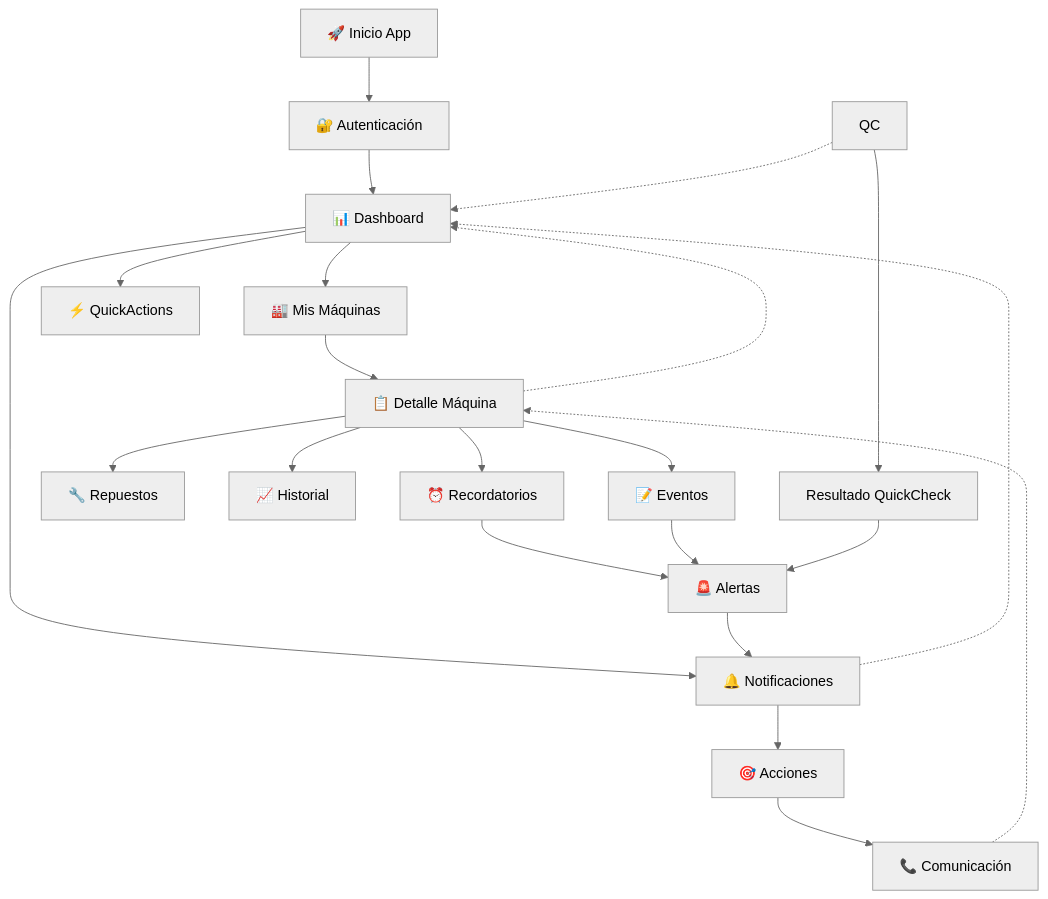
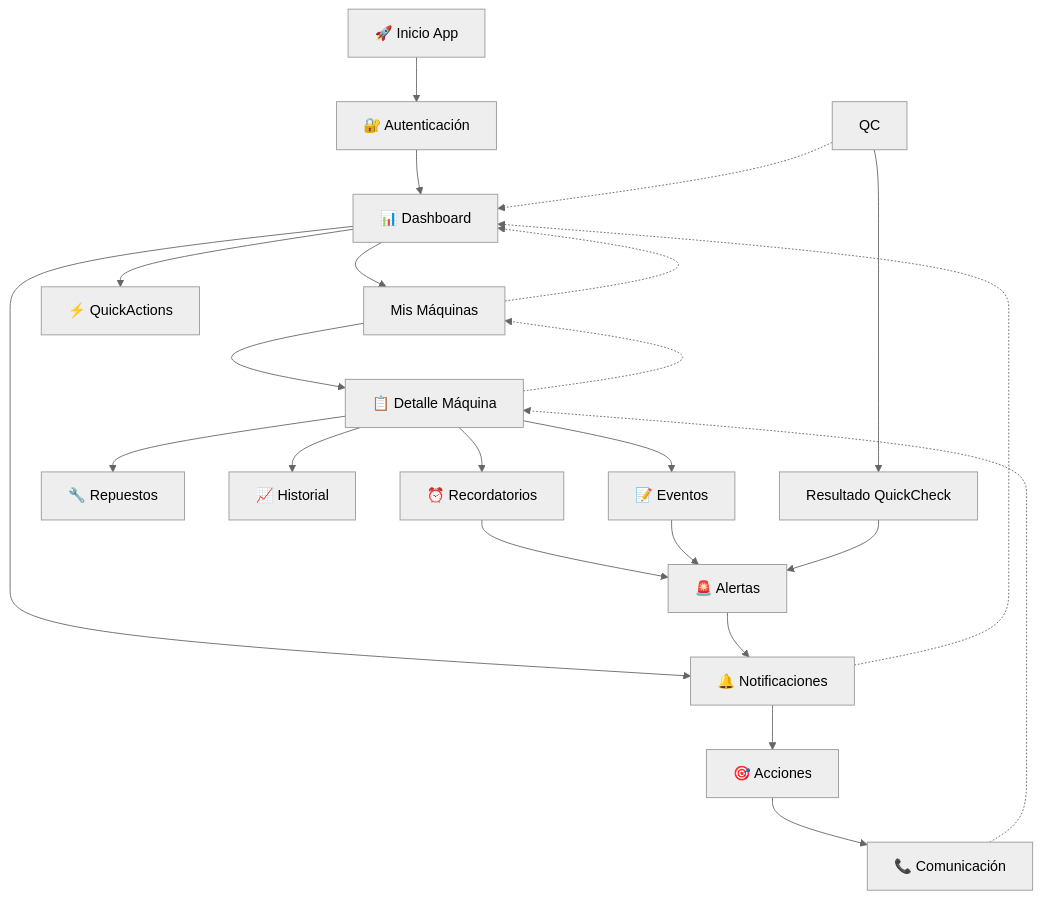
The ninth of 9 diagrams in docs/userJourney.md (MarkMed/FleetMan), drawn with Mermaid (neutral theme) before and after one commit. The commit also changed other lines of this file, not shown here.

Commit message:
Enhance QuickActions dashboard: rename and update machine registration flow with wizard form

````diff
--- a/docs/userJourney.md
+++ b/docs/userJourney.md
@@ -263,30 +266,31 @@
 ```mermaid
 flowchart TD
     START[🚀 Inicio App] --> AUTH[🔐 Autenticación]
     AUTH --> DASH[📊 Dashboard]
     
     DASH --> MACHINES[🏭 Mis Máquinas]
     DASH --> QA[⚡ QuickActions]
     DASH --> NOTIF[🔔 Notificaciones]
     
     MACHINES --> DETAIL[📋 Detalle Máquina]
     DETAIL --> REMINDERS[⏰ Recordatorios]
     DETAIL --> SPARES[🔧 Repuestos]
     DETAIL --> HISTORY[📈 Historial]
     DETAIL --> EVENTS[📝 Eventos]
     
     QC --> QC_RESULT[Resultado QuickCheck]
     REMINDERS --> ALERTS[🚨 Alertas]
     EVENTS --> ALERTS
     QC_RESULT --> ALERTS
     
     ALERTS --> NOTIF
     NOTIF --> ACTIONS[🎯 Acciones]
     ACTIONS --> CONTACT[📞 Comunicación]
     
     %% Navegación de retorno
-    DETAIL -.-> DASH
+    DETAIL -.-> MACHINES[Mis Máquinas]
+    MACHINES -.-> DASH
     NOTIF -.-> DASH
     QC -.-> DASH
     CONTACT -.-> DETAIL
 ```
````
